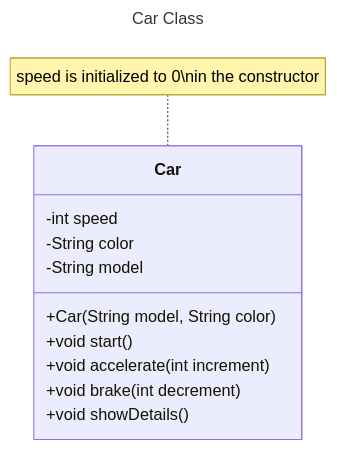
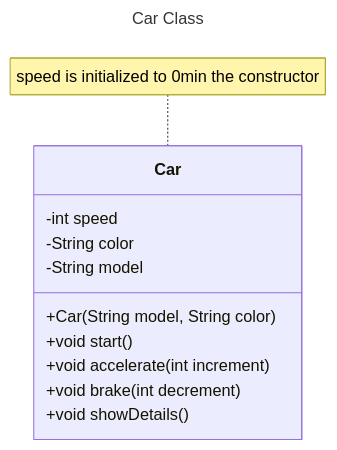
The second of 2 diagrams in docs/dev/23_learn_ai_coding.mdx (TouchMarsSolutions/web9ai), drawn with Mermaid before and after one commit. The commit also changed 1 other file, not shown here.

````diff
--- a/docs/dev/23_learn_ai_coding.mdx
+++ b/docs/dev/23_learn_ai_coding.mdx
@@ -378,18 +378,18 @@
 ```mermaid
 ---
 title: Car Class
 ---
 classDiagram
     class Car {
         -int speed
         -String color
         -String model
 
         +Car(String model, String color)
         +void start()
         +void accelerate(int increment)
         +void brake(int decrement)
         +void showDetails()
     }
-    note for Car "speed is initialized to 0\nin the constructor"
+    note for Car "speed is initialized to 0min the constructor"
 ```
````
